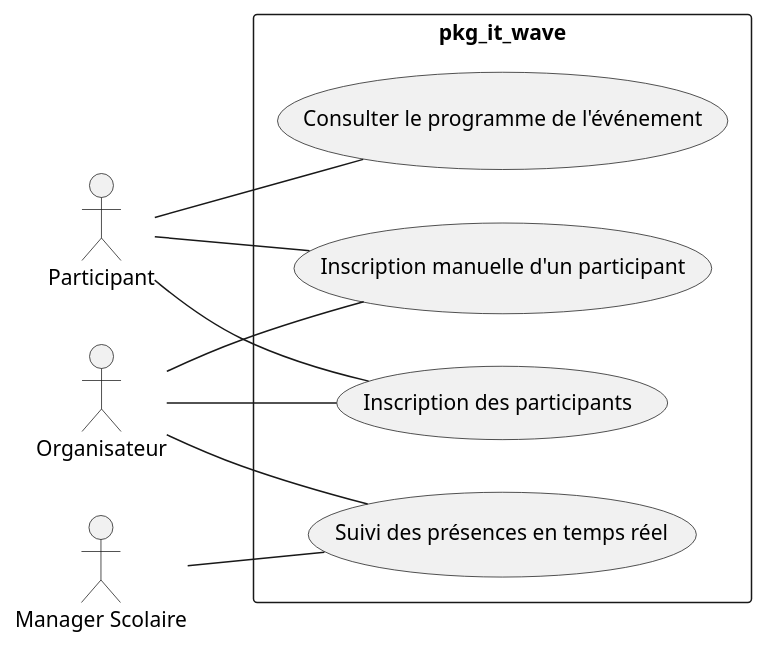
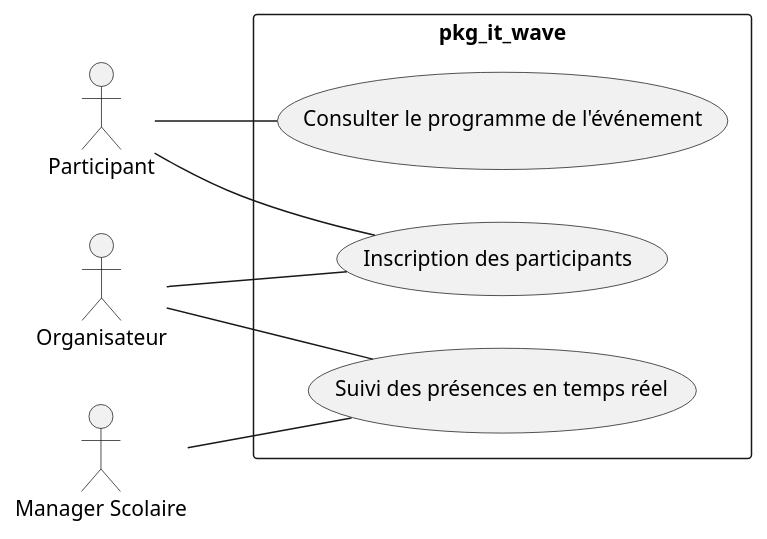
Before and after one commit to AyoubyAmazu/ui_ux: the diagram in branch_fonctionnell/analys/useCase_general.puml, drawn with PlantUML. The commit also changed 3 other files, not shown here.

```diff
--- a/branch_fonctionnell/analys/useCase_general.puml
+++ b/branch_fonctionnell/analys/useCase_general.puml
@@ -1,32 +1,29 @@
 @startuml
 
 left to right direction
 
 actor "Participant" as Participant
 actor "Organisateur" as Organisateur
 actor "Manager Scolaire" as Manager
 rectangle pkg_it_wave {
   usecase "Inscription des participants" as uc1
-  usecase "Inscription manuelle d'un participant" as uc2
   usecase "Consulter le programme de l'événement" as uc3
   usecase "Suivi des présences en temps réel" as uc4
 
 
 }
 ' Participant use cases
 
 Participant -- uc1
-Participant -- uc2
 Participant -- uc3
 
 ' Organisateur use cases
 Organisateur -- uc1
 Organisateur -- uc4
-Organisateur -- uc2
 
 ' Manager Scolaire use cases
 Manager -- uc4
 
 
 
 @enduml
```
